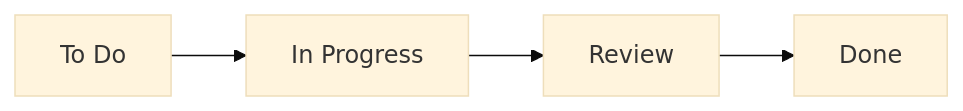
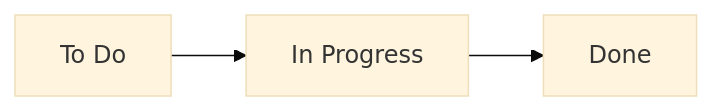
The second of 2 diagrams in 02_Jira/Guide.md (bbnotest/Smart4_PM), drawn with Mermaid (base theme) before and after one commit. The commit also changed other lines of this file and 4 other files, not shown here.

````diff
--- a/02_Jira/Guide.md
+++ b/02_Jira/Guide.md
@@ -138,4 +176,4 @@
 ```mermaid
 graph LR
-    A["To Do"] --> B["In Progress"] --> C["Review"] --> D["Done"]
+    A["To Do"] --> B["In Progress"] --> C["Done"]
 ```
````
